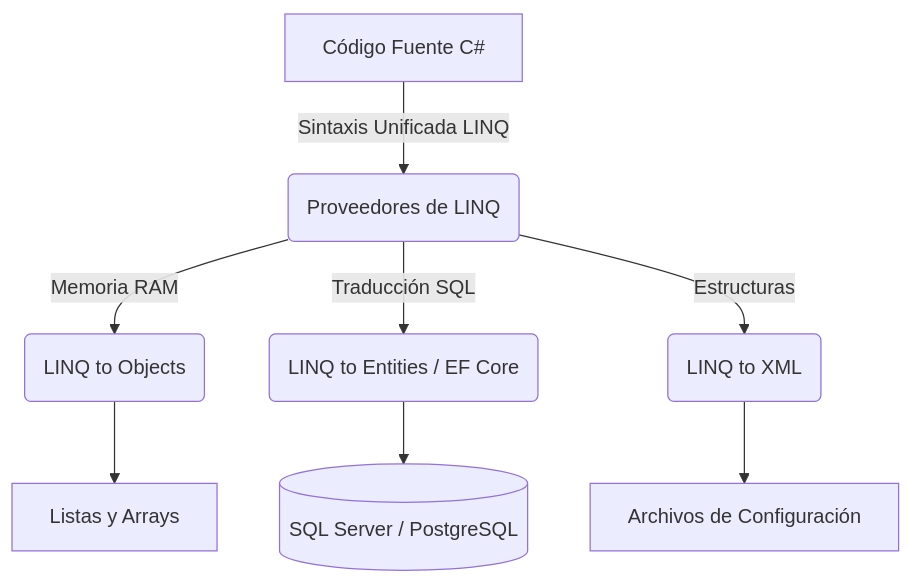
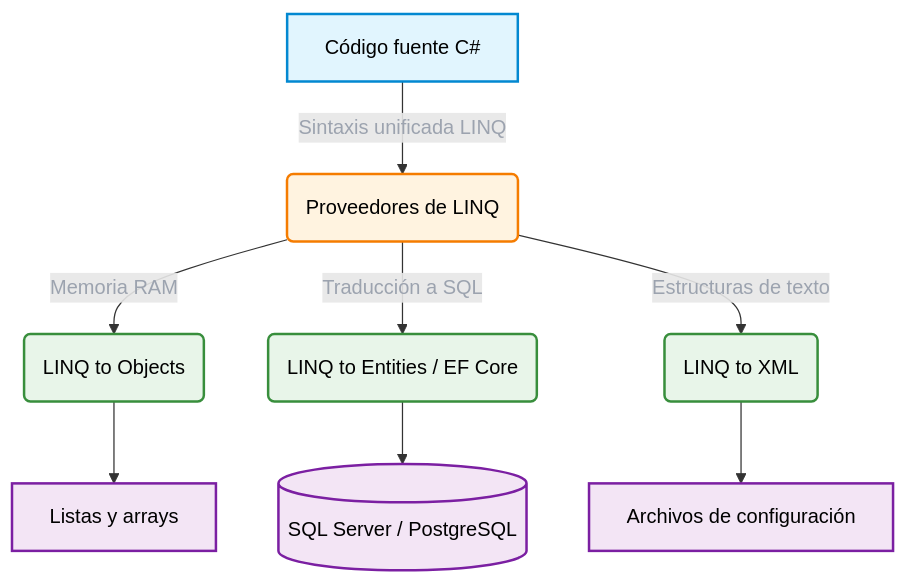
The diagram in docs/que-es-linq.md (mar991-c/Manual-linQ), drawn with Mermaid before and after one commit. The commit also changed other lines of this file and 1 other file, not shown here.

````diff
--- a/docs/que-es-linq.md
+++ b/docs/que-es-linq.md
@@ -58,10 +92,21 @@
 ```mermaid
 graph TD
-    A[Código Fuente C#] -->|Sintaxis Unificada LINQ| B(Proveedores de LINQ)
+    A[Código fuente C#] -->|Sintaxis unificada LINQ| B(Proveedores de LINQ)
     B -->|Memoria RAM| C(LINQ to Objects)
-    B -->|Traducción SQL| D(LINQ to Entities / EF Core)
-    B -->|Estructuras| E(LINQ to XML)
-    C --> F[Listas y Arrays]
+    B -->|Traducción a SQL| D(LINQ to Entities / EF Core)
+    B -->|Estructuras de texto| E(LINQ to XML)
+    C --> F[Listas y arrays]
     D --> G[(SQL Server / PostgreSQL)]
-    E --> H[Archivos de Configuración]
+    E --> H[Archivos de configuración]
+
+    style A fill:#e1f5fe,stroke:#0288d1,stroke-width:2px,color:#000
+    style B fill:#fff3e0,stroke:#f57c00,stroke-width:2px,color:#000
+    style C fill:#e8f5e9,stroke:#388e3c,stroke-width:2px,color:#000
+    style D fill:#e8f5e9,stroke:#388e3c,stroke-width:2px,color:#000
+    style E fill:#e8f5e9,stroke:#388e3c,stroke-width:2px,color:#000
+    style F fill:#f3e5f5,stroke:#7b1fa2,stroke-width:2px,color:#000
+    style G fill:#f3e5f5,stroke:#7b1fa2,stroke-width:2px,color:#000
+    style H fill:#f3e5f5,stroke:#7b1fa2,stroke-width:2px,color:#000
+
+    linkStyle default color:#9ca3af
 ```
````
